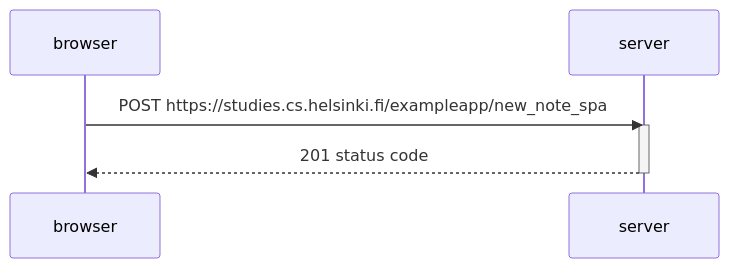
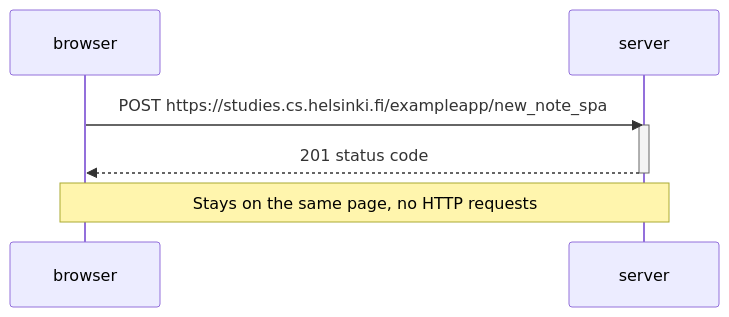
One commit to cg-c/Fullstacks changed the diagram in part0/0.6.md. Above: the diagram before and after it, drawn with Mermaid.

````diff
--- a/part0/0.6.md
+++ b/part0/0.6.md
@@ -1,11 +1,11 @@
 ```mermaid
 sequenceDiagram
   participant browser
   participant server
   
   browser->>server: POST https://studies.cs.helsinki.fi/exampleapp/new_note_spa
   activate server
   server-->>browser: 201 status code
   deactivate server
-  %% Stays on the same page, no HTTP requests
+  Note over browser, server: Stays on the same page, no HTTP requests
 ```
````
